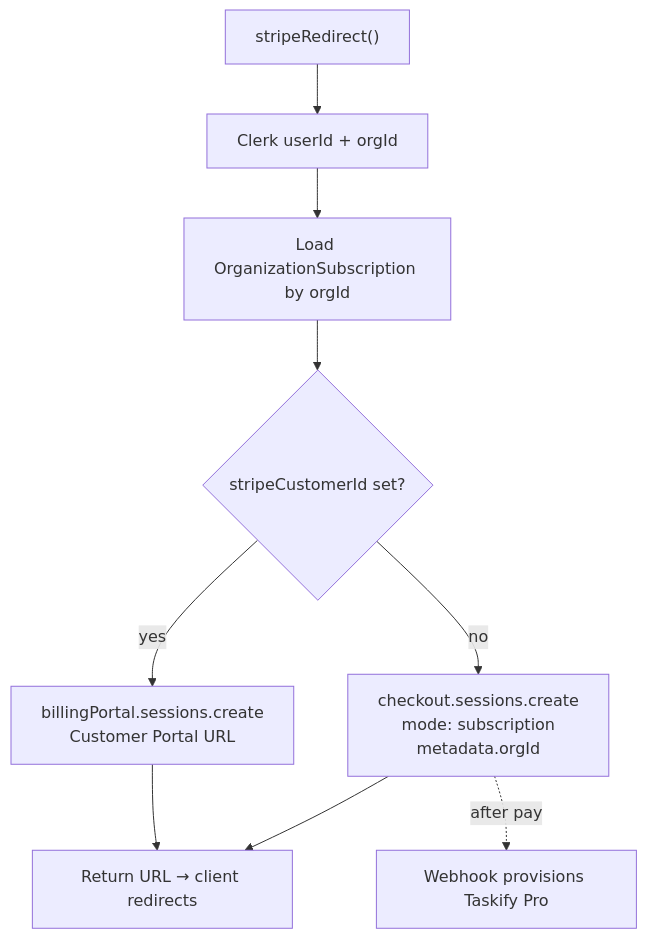
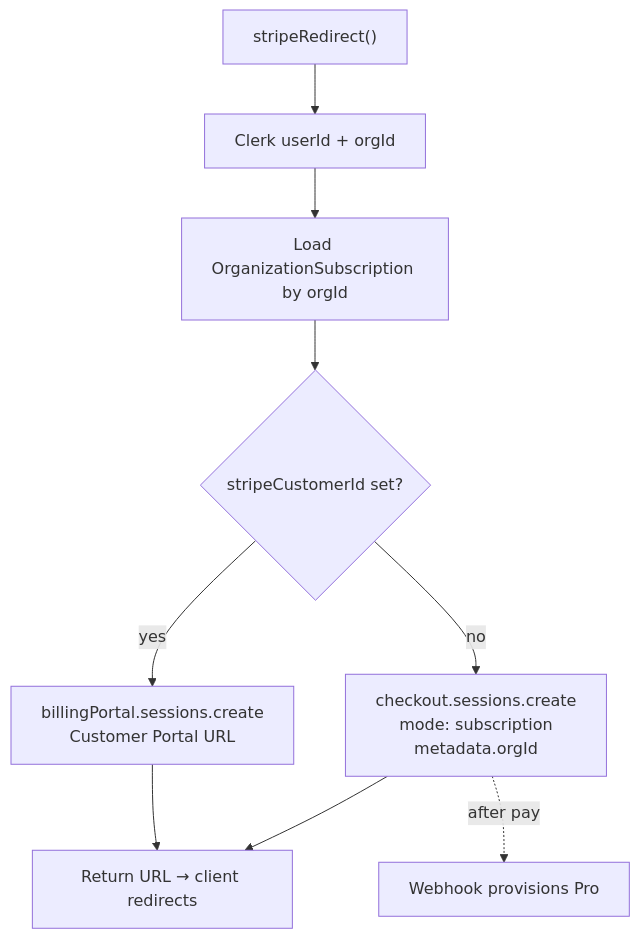
The fourth of 7 diagrams in docs/stripe.md (manhcuongdtbk/taskify), drawn with Mermaid before and after one commit. The commit also changed other lines of this file and 15 other files, not shown here.

````diff
--- a/docs/stripe.md
+++ b/docs/stripe.md
@@ -220,11 +220,11 @@
 ```mermaid
 flowchart TD
   Start["stripeRedirect()"] --> Auth["Clerk userId + orgId"]
   Auth --> Lookup["Load OrganizationSubscription by orgId"]
   Lookup --> Has{"stripeCustomerId set?"}
   Has -->|yes| Portal["billingPortal.sessions.create<br/>Customer Portal URL"]
   Has -->|no| Checkout["checkout.sessions.create<br/>mode: subscription<br/>metadata.orgId"]
   Portal --> Return["Return URL → client redirects"]
   Checkout --> Return
-  Checkout -.->|after pay| WH["Webhook provisions Taskify Pro"]
+  Checkout -.->|after pay| WH["Webhook provisions Pro"]
 ```
````
